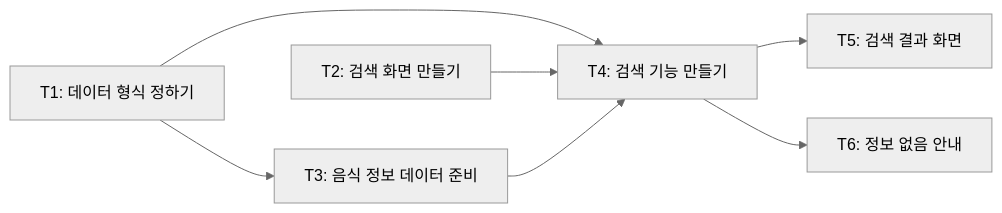
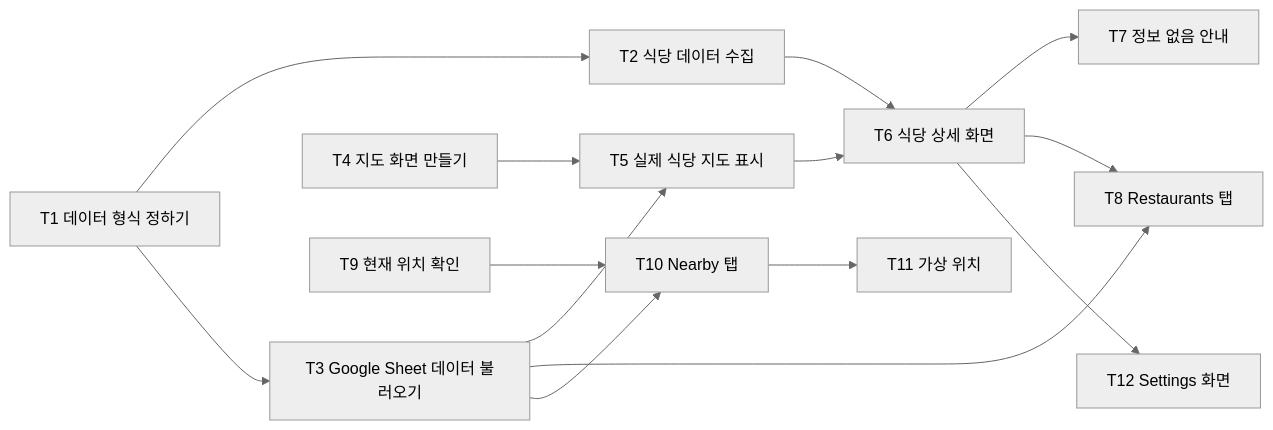
The diagram in docs/week-05.md (nikmar9705/aix2026f-team1), drawn with Mermaid (neutral theme) before and after one commit. The commit also changed other lines of this file, not shown here.

````diff
--- a/docs/week-05.md
+++ b/docs/week-05.md
@@ -49,9 +41,21 @@
 ```mermaid
 graph LR
-  T1["T1: 데이터 형식 정하기"] --> T3["T3: 음식 정보 데이터 준비"]
-  T1 --> T4["T4: 검색 기능 만들기"]
-  T2["T2: 검색 화면 만들기"] --> T4
-  T3 --> T4
-  T4 --> T5["T5: 검색 결과 화면"]
-  T4 --> T6["T6: 정보 없음 안내"]
+  T1["T1 데이터 형식 정하기"] --> T2["T2 식당 데이터 수집"]
+  T1 --> T3["T3 Google Sheet 데이터 불러오기"]
+
+  T4["T4 지도 화면 만들기"] --> T5["T5 실제 식당 지도 표시"]
+  T3 --> T5
+
+  T2 --> T6["T6 식당 상세 화면"]
+  T5 --> T6
+  T6 --> T7["T7 정보 없음 안내"]
+
+  T3 --> T8["T8 Restaurants 탭"]
+  T6 --> T8
+
+  T9["T9 현재 위치 확인"] --> T10["T10 Nearby 탭"]
+  T3 --> T10
+  T10 --> T11["T11 가상 위치"]
+
+  T6 --> T12["T12 Settings 화면"]
 ```
````
